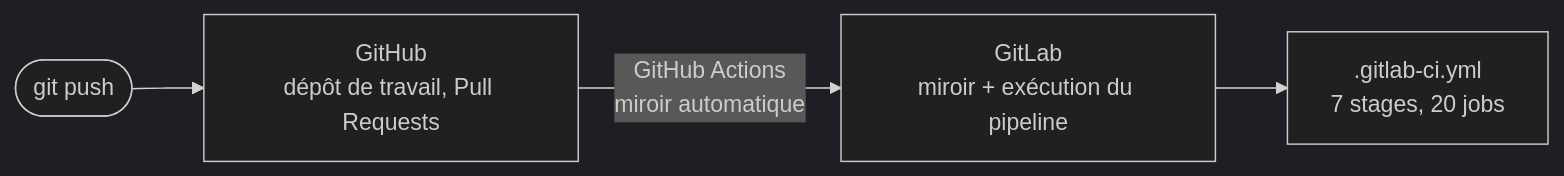
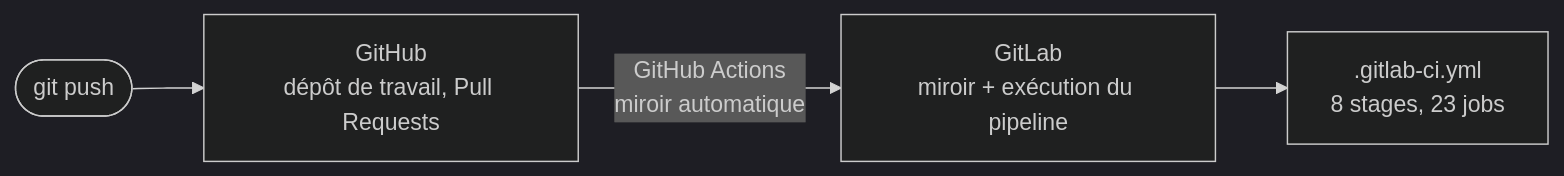
The fifth of 5 diagrams in ARCHITECTURE.md (TedPasquiet/G-rez-le-cycle-de-vie-de-d-veloppement-logiciel), drawn with Mermaid (dark theme) before and after one commit. The commit also changed other lines of this file and 15 other files, not shown here.

````diff
--- a/ARCHITECTURE.md
+++ b/ARCHITECTURE.md
@@ -125,6 +126,6 @@
 ```mermaid
 flowchart LR
     dev([git push]) --> gh[GitHub<br/>dépôt de travail, Pull Requests]
     gh -->|GitHub Actions<br/>miroir automatique| gl[GitLab<br/>miroir + exécution du pipeline]
-    gl --> ci[".gitlab-ci.yml<br/>7 stages, 20 jobs"]
+    gl --> ci[".gitlab-ci.yml<br/>8 stages, 23 jobs"]
 ```
````
